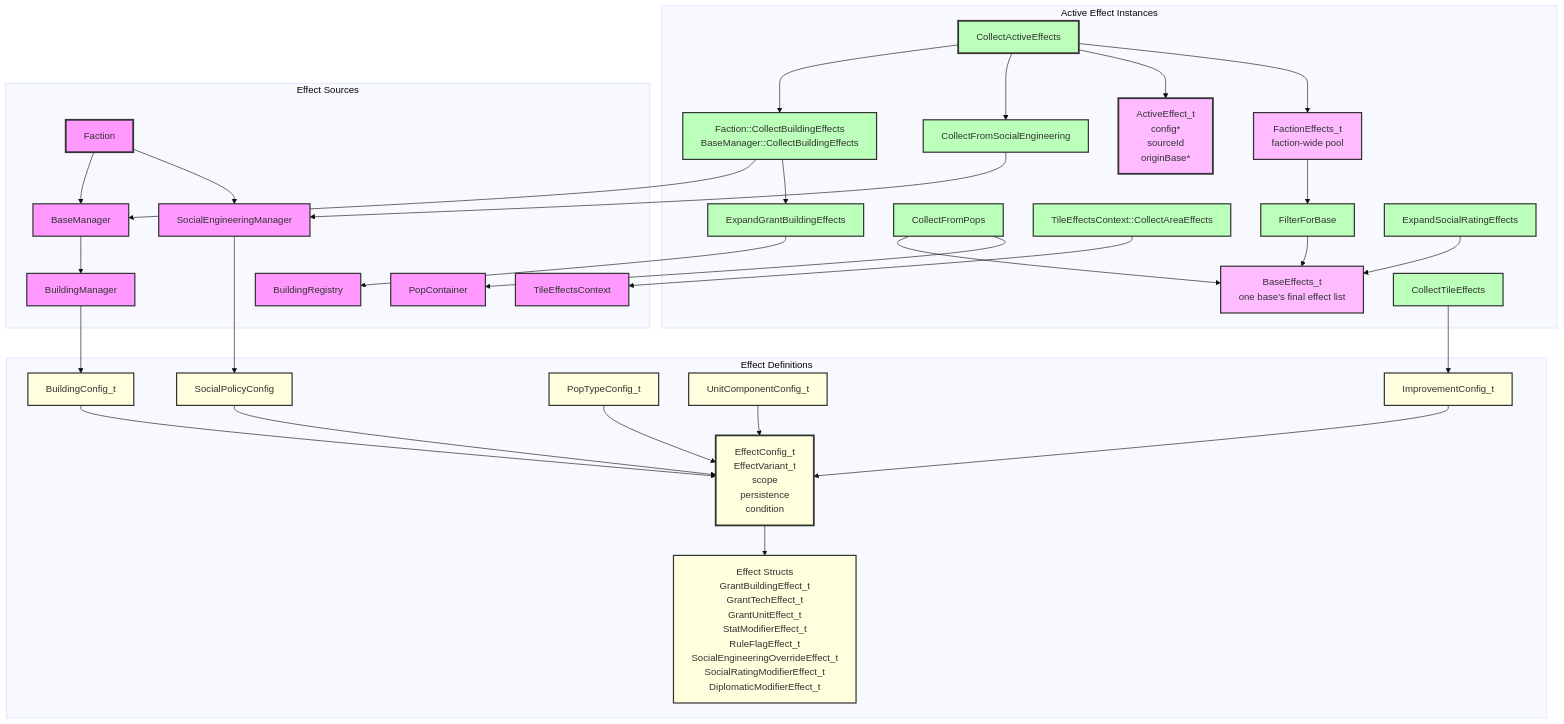
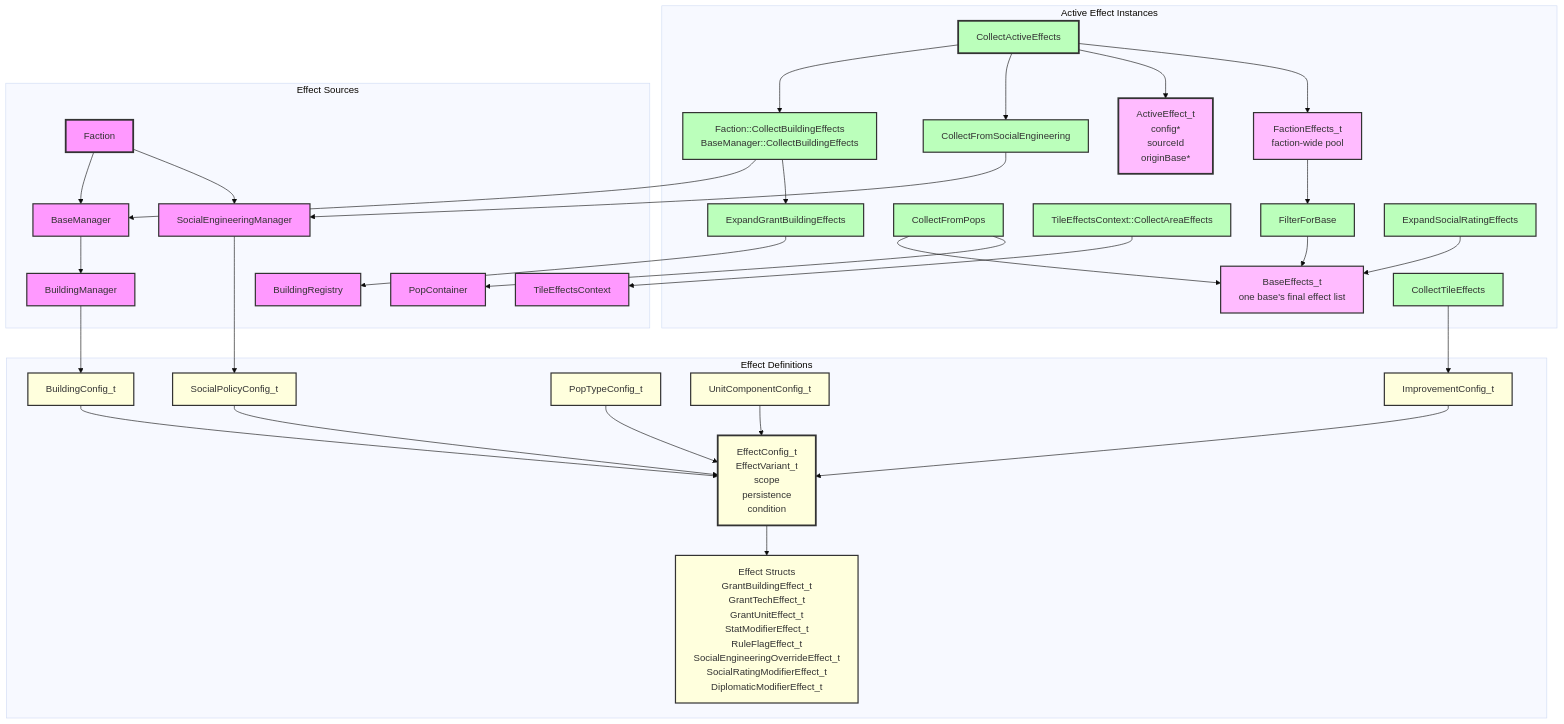
Before and after one commit to kilianloftis/alpha-centauri: the diagram in docs/architecture/effects-system.md, drawn with Mermaid (base theme). The commit also changed other lines of this file and 139 other files, not shown here.

```diff
--- a/docs/architecture/effects-system.md
+++ b/docs/architecture/effects-system.md
@@ -7,7 +7,7 @@
         ImprovementConfig[ImprovementConfig_t]
         PopTypeConfig[PopTypeConfig_t]
         UnitComponentConfig[UnitComponentConfig_t]
-        SocialPolicyConfig[SocialPolicyConfig]
+        SocialPolicyConfig_t[SocialPolicyConfig_t]
         EffectConfig[EffectConfig_t<br/>EffectVariant_t<br/>scope<br/>persistence<br/>condition]
         EffectStructs[Effect Structs<br/>GrantBuildingEffect_t<br/>GrantTechEffect_t<br/>GrantUnitEffect_t<br/>StatModifierEffect_t<br/>RuleFlagEffect_t<br/>SocialEngineeringOverrideEffect_t<br/>SocialRatingModifierEffect_t<br/>DiplomaticModifierEffect_t]
     end
@@ -41,13 +41,13 @@
     ImprovementConfig --> EffectConfig
     PopTypeConfig --> EffectConfig
     UnitComponentConfig --> EffectConfig
-    SocialPolicyConfig --> EffectConfig
+    SocialPolicyConfig_t --> EffectConfig
     EffectConfig --> EffectStructs
     BuildingManager --> BuildingConfig
     BaseManager --> BuildingManager
     Faction --> BaseManager
     Faction --> SocialEngineeringManager
-    SocialEngineeringManager --> SocialPolicyConfig
+    SocialEngineeringManager --> SocialPolicyConfig_t
 
     CollectBuildingEffects --> BaseManager
     CollectBuildingEffects --> ExpandGrantBuilding
@@ -69,7 +69,7 @@
     style ImprovementConfig fill:#ffd,stroke:#333,stroke-width:2px
     style PopTypeConfig fill:#ffd,stroke:#333,stroke-width:2px
     style UnitComponentConfig fill:#ffd,stroke:#333,stroke-width:2px
-    style SocialPolicyConfig fill:#ffd,stroke:#333,stroke-width:2px
+    style SocialPolicyConfig_t fill:#ffd,stroke:#333,stroke-width:2px
     style EffectConfig fill:#ffd,stroke:#333,stroke-width:3px
     style EffectStructs fill:#ffd,stroke:#333,stroke-width:2px
     style ActiveEffect fill:#fbf,stroke:#333,stroke-width:3px
```
